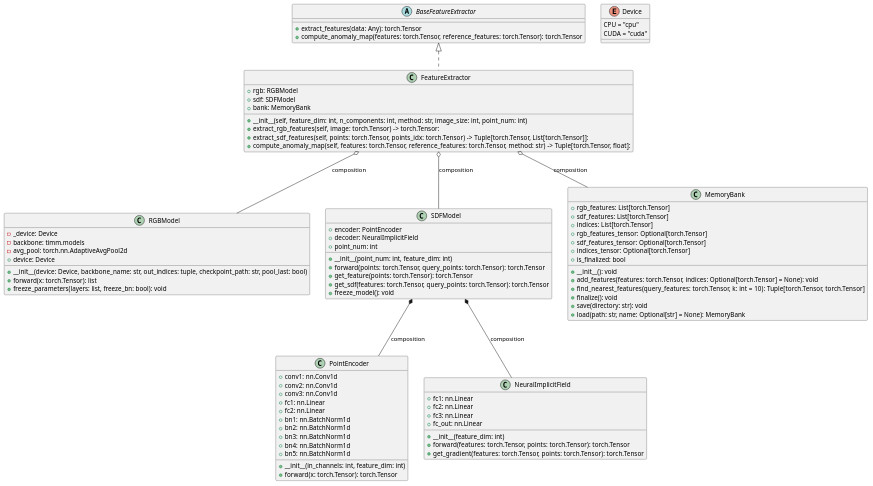
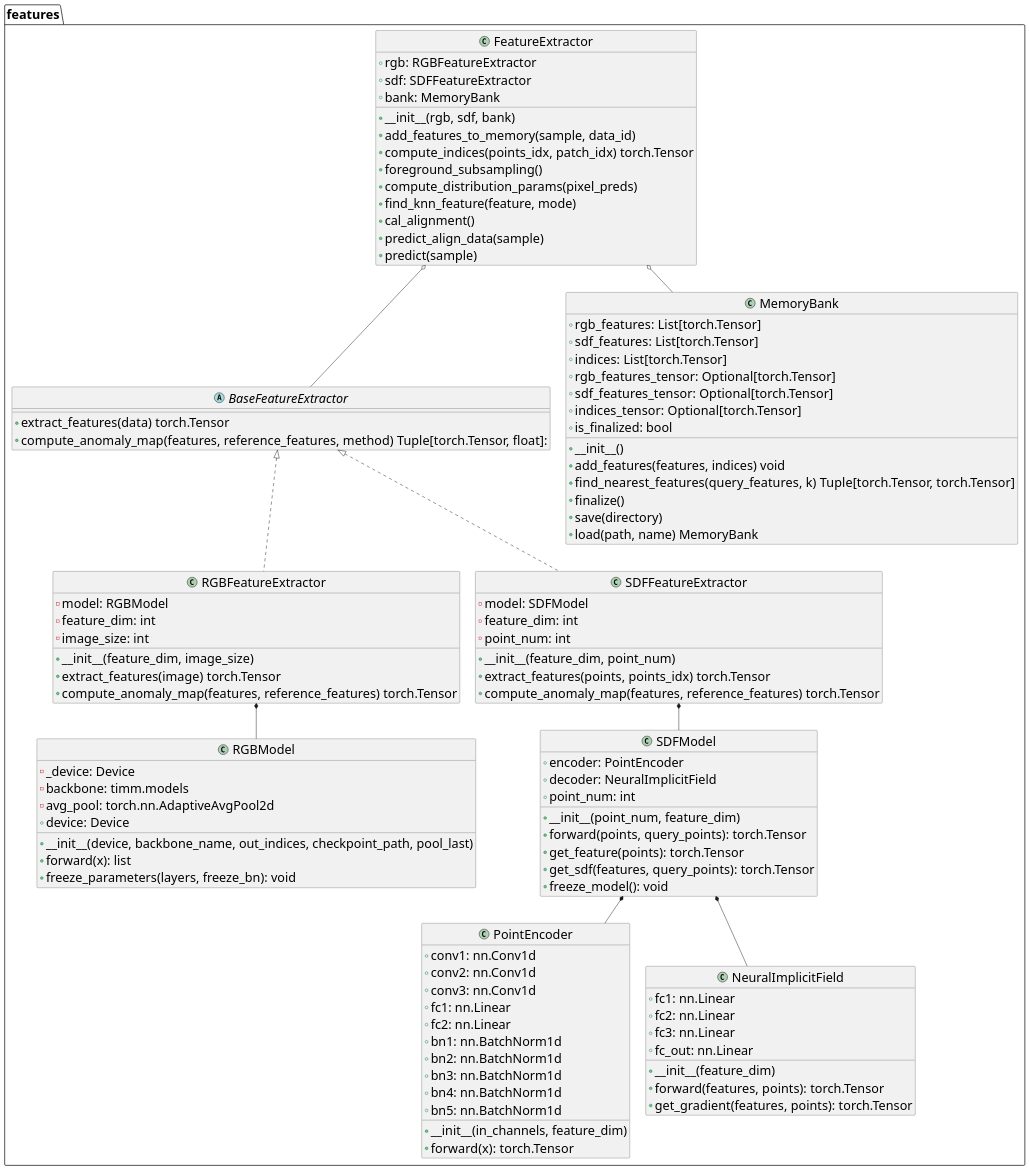
Before and after one commit to DaniiLBez/defects_detector: the diagram in defects_detector/diagrams/puml/features.puml, drawn with PlantUML. The commit also changed 2 other files, not shown here.

Commit message:
upd schemas

```diff
--- a/defects_detector/diagrams/puml/features.puml
+++ b/defects_detector/diagrams/puml/features.puml
@@ -1,100 +1,133 @@
 @startuml
 
+<style>
+    classDiagram {
+        FontSize 28
+    }
+</style>
+
+package "features" {
 class RGBModel {
     -_device: Device
     -backbone: timm.models
     -avg_pool: torch.nn.AdaptiveAvgPool2d
     +device: Device
 
-    +__init__(device: Device, backbone_name: str, out_indices: tuple, checkpoint_path: str, pool_last: bool)
-    +forward(x: torch.Tensor): list
-    +freeze_parameters(layers: list, freeze_bn: bool): void
+    +__init__(device, backbone_name, out_indices, checkpoint_path, pool_last)
+    +forward(x): list
+    +freeze_parameters(layers, freeze_bn): void
 }
 
-enum Device {
-    CPU = "cpu"
-    CUDA = "cuda"
+class RGBFeatureExtractor {
+    -model: RGBModel
+    -feature_dim: int
+    -image_size: int
+
+    + __init__(feature_dim, image_size)
+    + extract_features(image) torch.Tensor
+    + compute_anomaly_map(features, reference_features) torch.Tensor
 }
+
+RGBFeatureExtractor *-- RGBModel
 
 class PointEncoder {
     +conv1: nn.Conv1d
     +conv2: nn.Conv1d
     +conv3: nn.Conv1d
     +fc1: nn.Linear
     +fc2: nn.Linear
     +bn1: nn.BatchNorm1d
     +bn2: nn.BatchNorm1d
     +bn3: nn.BatchNorm1d
     +bn4: nn.BatchNorm1d
     +bn5: nn.BatchNorm1d
 
-    +__init__(in_channels: int, feature_dim: int)
-    +forward(x: torch.Tensor): torch.Tensor
+    +__init__(in_channels, feature_dim)
+    +forward(x): torch.Tensor
 }
 
 class NeuralImplicitField {
     +fc1: nn.Linear
     +fc2: nn.Linear
     +fc3: nn.Linear
     +fc_out: nn.Linear
 
-    +__init__(feature_dim: int)
-    +forward(features: torch.Tensor, points: torch.Tensor): torch.Tensor
-    +get_gradient(features: torch.Tensor, points: torch.Tensor): torch.Tensor
+    +__init__(feature_dim)
+    +forward(features, points): torch.Tensor
+    +get_gradient(features, points): torch.Tensor
 }
 
 class SDFModel {
     +encoder: PointEncoder
     +decoder: NeuralImplicitField
     +point_num: int
 
-    +__init__(point_num: int, feature_dim: int)
-    +forward(points: torch.Tensor, query_points: torch.Tensor): torch.Tensor
-    +get_feature(points: torch.Tensor): torch.Tensor
-    +get_sdf(features: torch.Tensor, query_points: torch.Tensor): torch.Tensor
+    +__init__(point_num, feature_dim)
+    +forward(points, query_points): torch.Tensor
+    +get_feature(points): torch.Tensor
+    +get_sdf(features, query_points): torch.Tensor
     +freeze_model(): void
 }
 
-SDFModel *-- PointEncoder : composition
-SDFModel *-- NeuralImplicitField : composition
+SDFModel *-- PointEncoder
+SDFModel *-- NeuralImplicitField
+
+class SDFFeatureExtractor {
+ - model: SDFModel
+ - feature_dim: int
+ - point_num: int
+
+ + __init__(feature_dim, point_num)
+ + extract_features(points, points_idx) torch.Tensor
+ + compute_anomaly_map(features, reference_features) torch.Tensor
+}
+
+SDFFeatureExtractor *-- SDFModel
 
 class FeatureExtractor {
-    + rgb: RGBModel
-    + sdf: SDFModel
+    + rgb: RGBFeatureExtractor
+    + sdf: SDFFeatureExtractor
     + bank: MemoryBank
 
-    + __init__(self, feature_dim: int, n_components: int, method: str, image_size: int, point_num: int)
-    + extract_rgb_features(self, image: torch.Tensor) -> torch.Tensor:
-    + extract_sdf_features(self, points: torch.Tensor, points_idx: torch.Tensor) -> Tuple[torch.Tensor, List[torch.Tensor]]:
-    + compute_anomaly_map(self, features: torch.Tensor, reference_features: torch.Tensor, method: str) -> Tuple[torch.Tensor, float]:
+    + __init__(rgb, sdf, bank)
+    + add_features_to_memory(sample, data_id)
+    + compute_indices(points_idx, patch_idx) torch.Tensor
+    + foreground_subsampling()
+    + compute_distribution_params(pixel_preds)
+    + find_knn_feature(feature, mode)
+    + cal_alignment()
+    + predict_align_data(sample)
+    + predict(sample)
 }
 
 abstract class BaseFeatureExtractor {
-    +extract_features(data: Any): torch.Tensor
-    +compute_anomaly_map(features: torch.Tensor, reference_features: torch.Tensor): torch.Tensor
+    + extract_features(data) torch.Tensor
+    + compute_anomaly_map(features, reference_features, method) Tuple[torch.Tensor, float]:
 }
 
 class MemoryBank {
     + rgb_features: List[torch.Tensor]
     + sdf_features: List[torch.Tensor]
     + indices: List[torch.Tensor]
     + rgb_features_tensor: Optional[torch.Tensor]
     + sdf_features_tensor: Optional[torch.Tensor]
     + indices_tensor: Optional[torch.Tensor]
     + is_finalized: bool
 
-    + __init__(): void
-    + add_features(features: torch.Tensor, indices: Optional[torch.Tensor] = None): void
-    + find_nearest_features(query_features: torch.Tensor, k: int = 10): Tuple[torch.Tensor, torch.Tensor]
-    + finalize(): void
-    + save(directory: str): void
-    + load(path: str, name: Optional[str] = None): MemoryBank
+    + __init__()
+    + add_features(features, indices) void
+    + find_nearest_features(query_features, k) Tuple[torch.Tensor, torch.Tensor]
+    + finalize()
+    + save(directory)
+    + load(path, name) MemoryBank
+}
 }
 
-FeatureExtractor o-- RGBModel : composition
-FeatureExtractor o-- SDFModel : composition
-FeatureExtractor o-- MemoryBank : composition
+FeatureExtractor o-- MemoryBank
 
-BaseFeatureExtractor <|.. FeatureExtractor
+BaseFeatureExtractor <|.. RGBFeatureExtractor
+BaseFeatureExtractor <|.. SDFFeatureExtractor
+
+FeatureExtractor o-- BaseFeatureExtractor
 
 @enduml
```
